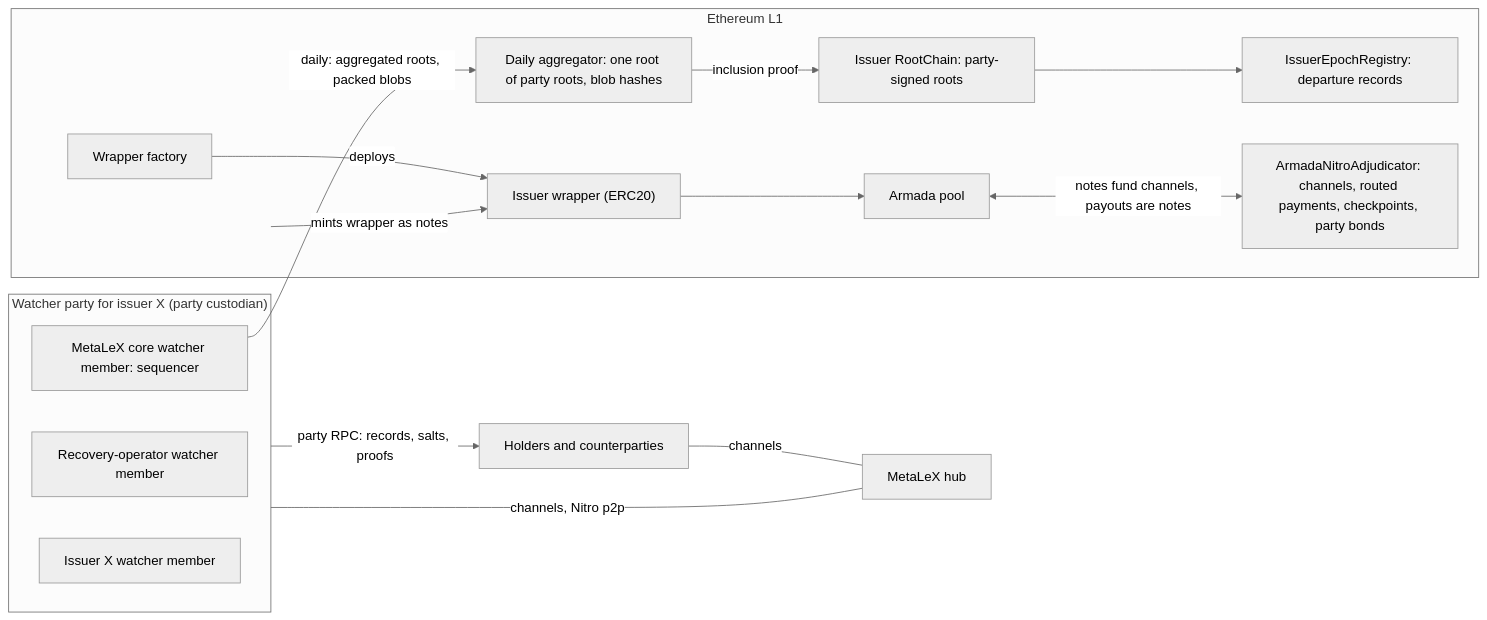
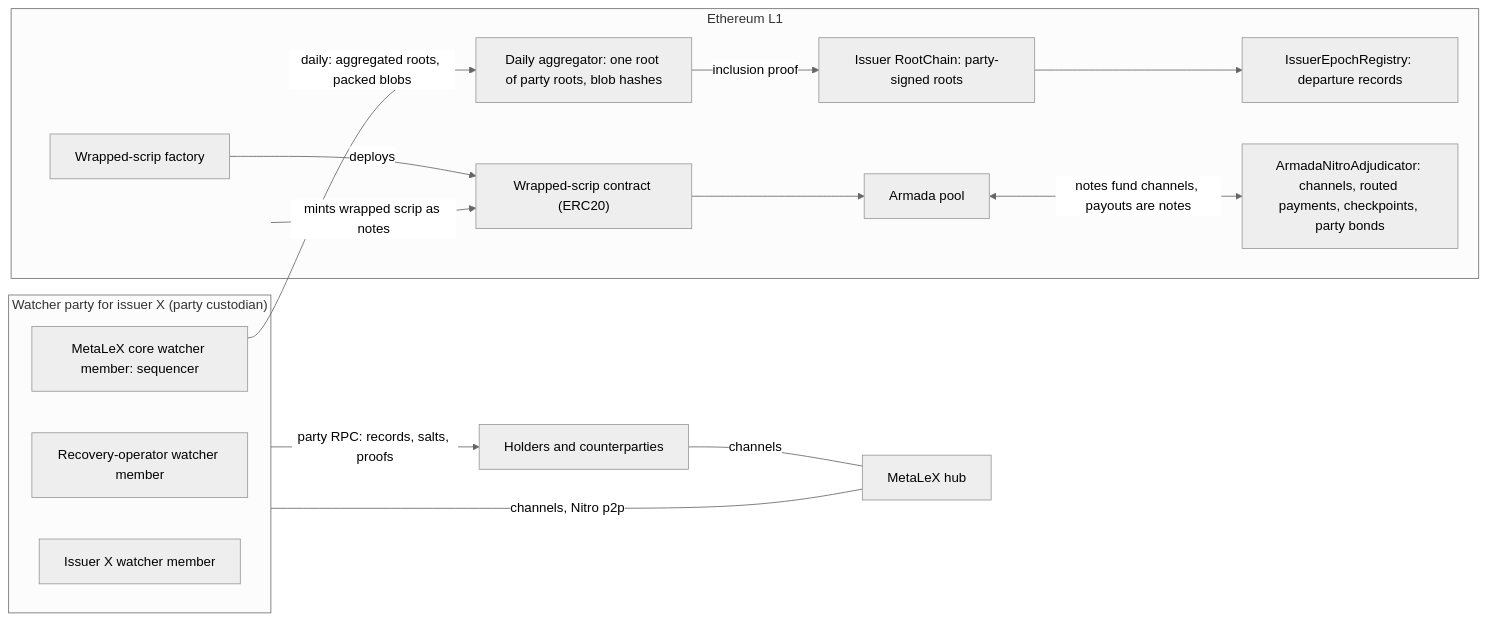
Before and after one commit to AFDudley/metalex-on-armada: the first of 2 diagrams in system-design.md, drawn with Mermaid (neutral theme). The commit also changed other lines of this file and 5 other files, not shown here.

Commit message:
Name the contract and factory after wrapped scrip

````diff
--- a/system-design.md
+++ b/system-design.md
@@ -31,29 +31,29 @@
 ```mermaid
 flowchart LR
  subgraph L1["Ethereum L1"]
   AG["Daily aggregator: one root of party roots, blob hashes"]
   RC["Issuer RootChain: party-signed roots"]
-  WF["Wrapper factory"]
-  WR["Issuer wrapper (ERC20)"]
+  WF["Wrapped-scrip factory"]
+  WR["Wrapped-scrip contract (ERC20)"]
   ER["IssuerEpochRegistry: departure records"]
   AN["ArmadaNitroAdjudicator: channels, routed payments, checkpoints, party bonds"]
   PP["Armada pool"]
  end
  subgraph WP["Watcher party for issuer X (party custodian)"]
   CORE["MetaLeX core watcher member: sequencer"]
   REC["Recovery-operator watcher member"]
   ISS["Issuer X watcher member"]
  end
  HUB["MetaLeX hub"]
  H["Holders and counterparties"]
  CORE -->|"daily: aggregated roots, packed blobs"| AG
  AG -->|"inclusion proof"| RC
  WF -->|"deploys"| WR
- WP -->|"mints wrapper as notes"| WR
+ WP -->|"mints wrapped scrip as notes"| WR
  WR --> PP
  RC --> ER
  PP <-->|"notes fund channels, payouts are notes"| AN
  H ---|"channels"| HUB
  HUB ---|"channels, Nitro p2p"| WP
  WP -->|"party RPC: records, salts, proofs"| H
 ```
````
